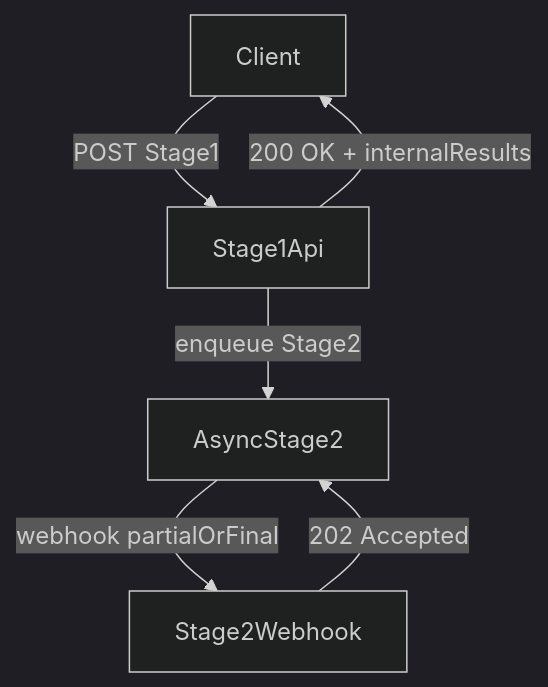
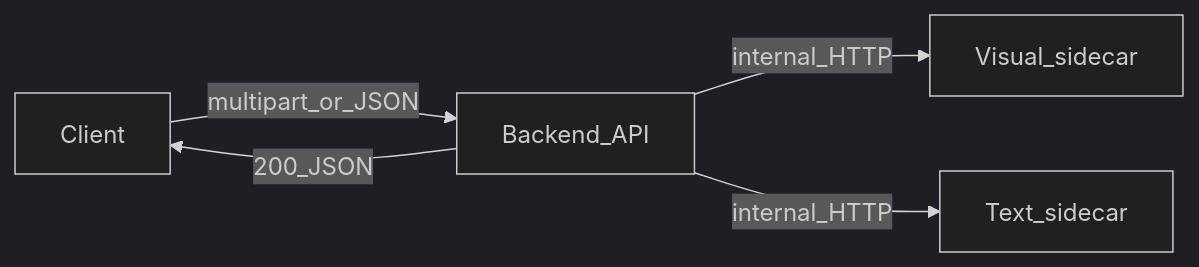
Before and after one commit to Naming-Checker/System-Analysis: the first of 3 diagrams in docs/api_contracts.md, drawn with Mermaid (dark theme). The commit also changed other lines of this file and 20 other files, not shown here.

````diff
--- a/docs/api_contracts.md
+++ b/docs/api_contracts.md
@@ -9,8 +13,7 @@
 ```mermaid
-flowchart TD
-  Client[Client] -->|POST Stage1| Stage1Api[Stage1Api]
-  Stage1Api -->|200 OK + internalResults| Client
-  Stage1Api -->|enqueue Stage2| AsyncStage2[AsyncStage2]
-  AsyncStage2 -->|webhook partialOrFinal| Stage2Webhook[Stage2Webhook]
-  Stage2Webhook -->|202 Accepted| AsyncStage2
+flowchart LR
+  Client[Client] -->|multipart_or_JSON| BackendApi[Backend_API]
+  BackendApi -->|internal_HTTP| VisualMl[Visual_sidecar]
+  BackendApi -->|internal_HTTP| TextMl[Text_sidecar]
+  BackendApi -->|200_JSON| Client
 ```
````
